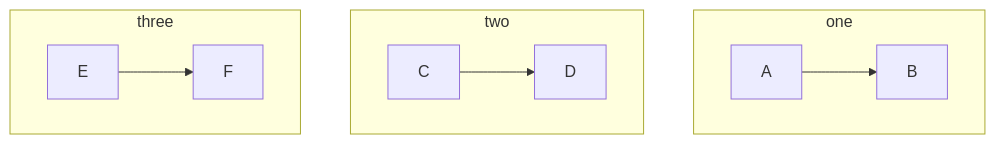
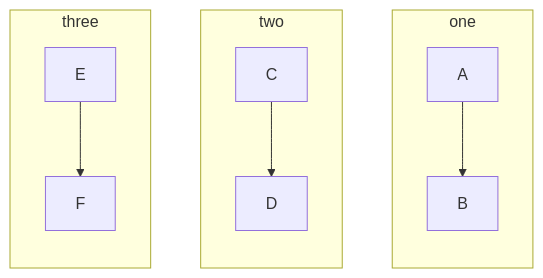
Before and after one commit to brolonium210/ENGR101_MD: the diagram in project01FlowchartCore.md, drawn with Mermaid.

````diff
--- a/project01FlowchartCore.md
+++ b/project01FlowchartCore.md
@@ -1,13 +1,16 @@
 ```mermaid
 
 flowchart TB
-subgraph one 
+subgraph one
+direction TB
 A-->B
 end
-subgraph two 
+subgraph two
+direction TB 
 C-->D
 end
-subgraph three 
+subgraph three
+direction TB 
 E-->F
 end    
 ```
````
